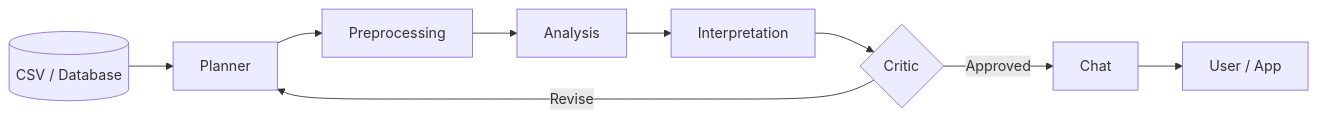
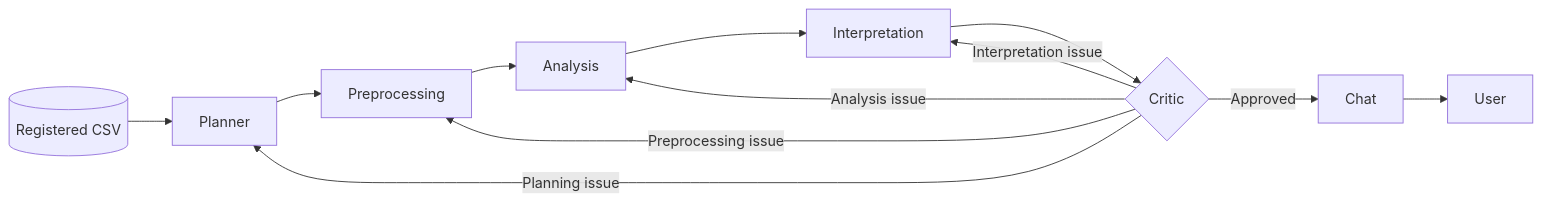
The diagram in README.md (CogitoNTNU/autonomous-data-analysis), drawn with Mermaid before and after one commit. The commit also changed other lines of this file and 7 other files, not shown here.

````diff
--- a/README.md
+++ b/README.md
@@ -7,11 +69,14 @@
 ```mermaid
 flowchart LR
-    D[(CSV / Database)] --> P[Planner]
+    D[(Registered CSV)] --> P[Planner]
     P --> R[Preprocessing]
     R --> A[Analysis]
     A --> I[Interpretation]
     I --> C{Critic}
     C -->|Approved| H[Chat]
-    C -->|Revise| P
-    H --> U[User / App]
+    C -->|Planning issue| P
+    C -->|Preprocessing issue| R
+    C -->|Analysis issue| A
+    C -->|Interpretation issue| I
+    H --> U[User]
 ```
````
